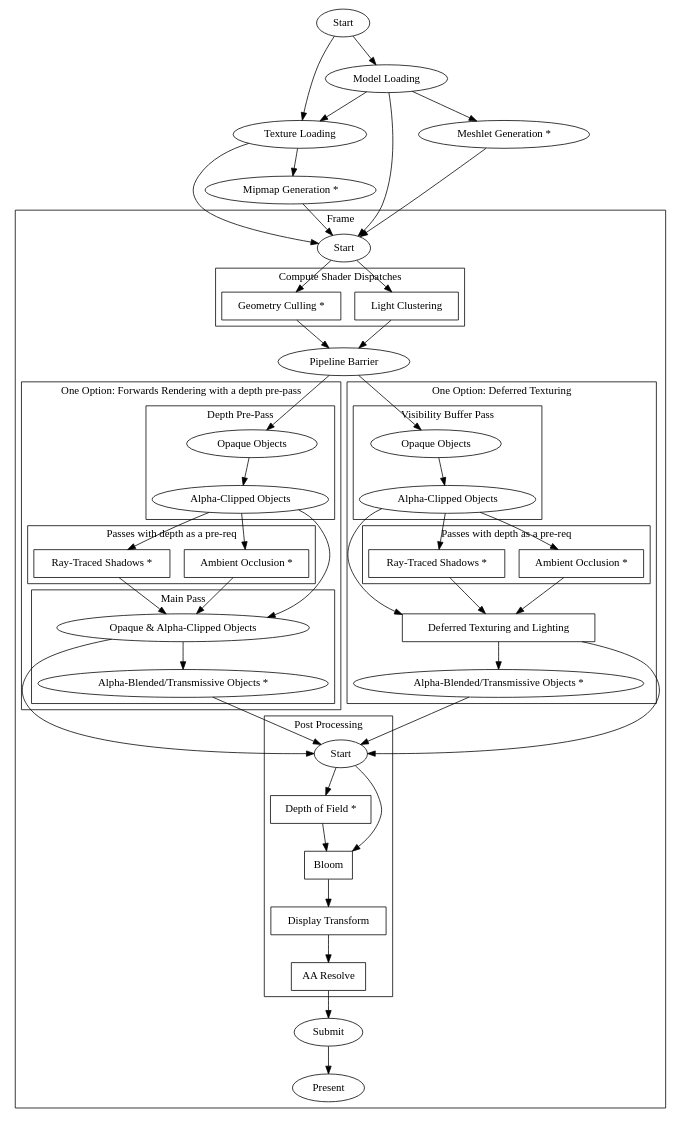
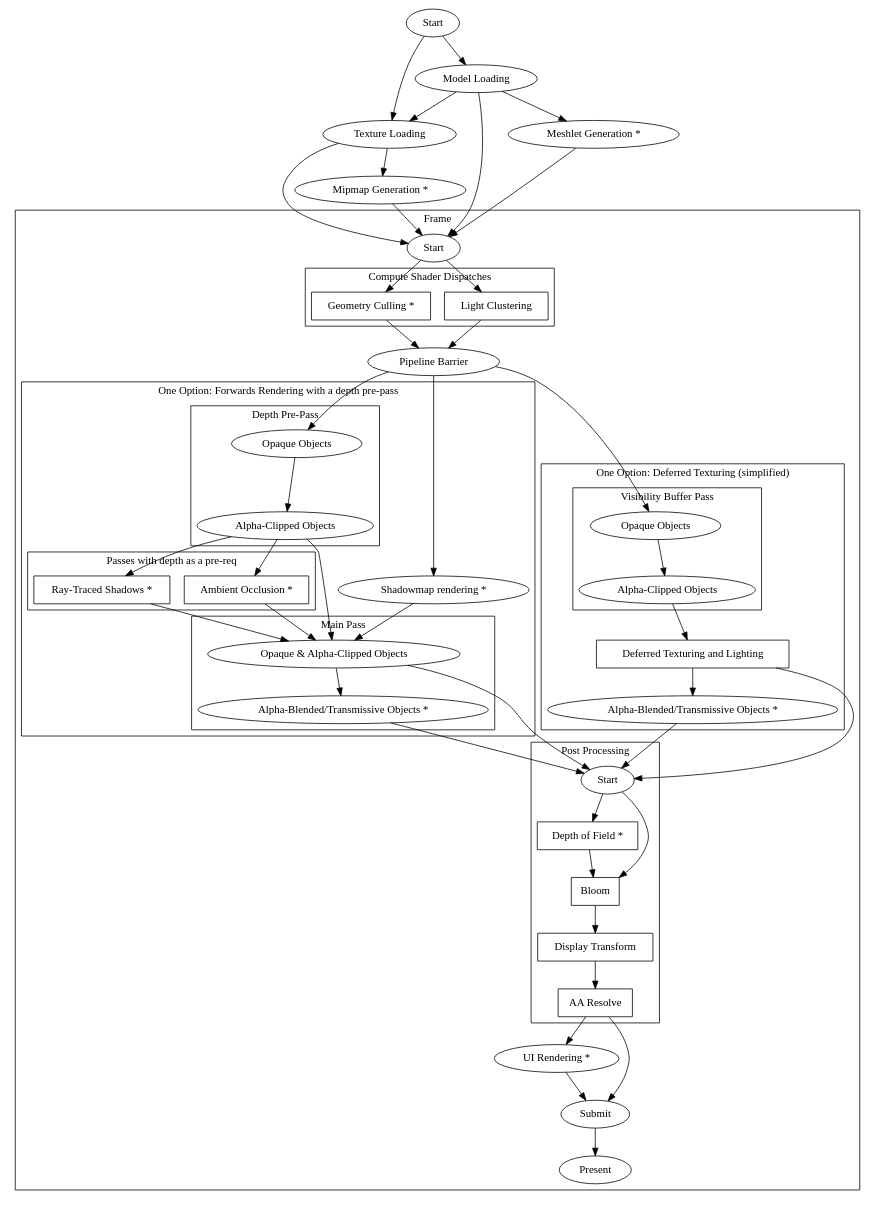
One commit to expenses/renderer-opinions changed the diagram in graph.gv. Above: the diagram before and after it, drawn with Graphviz. The commit also changed 1 other file, not shown here.

Commit message:
Updated graph, added info about tools

```diff
--- a/graph.gv
+++ b/graph.gv
@@ -1,92 +1,91 @@
 digraph {
-    node [shape=rect]; "Light Clustering"; "Geometry Culling *"; deferred_tex; "Depth of Field *"; "Bloom"; "Display Transform"; "AA Resolve"; deferred_ao; deferred_rt; forwards_ao; forwards_rt
+    node [shape=rect]; "Light Clustering"; "Geometry Culling *"; deferred_tex; "Depth of Field *"; "Bloom"; "Display Transform"; "AA Resolve"; forwards_ao; forwards_rt
     node[shape=oval]
 
 	frame_start[label = "Start"]
 
     "Start" -> "Texture Loading" -> "Mipmap Generation *" -> frame_start
     "Texture Loading" -> frame_start
 
     "Start" -> "Model Loading" -> "Meshlet Generation *" -> frame_start
     "Model Loading" -> frame_start
     "Model Loading" -> "Texture Loading"
 
 subgraph cluster_render_loop {
 	label = "Frame"
 	frame_start -> "Geometry Culling *" -> "Pipeline Barrier"
 	frame_start -> "Light Clustering" -> "Pipeline Barrier"
 
 	subgraph cluster_compute_shader_dispatches {
 		"Geometry Culling *"
 		"Light Clustering"
 		label = "Compute Shader Dispatches"
 	}
 	"Pipeline Barrier" -> depth_o
 	"Pipeline Barrier" -> vis_o
+	"Pipeline Barrier" -> forwards_shadows
 
 	subgraph cluster_deferred_texturing {
-		label =  "One Option: Deferred Texturing"
+		label =  "One Option: Deferred Texturing (simplified)"
 		subgraph cluster_visbuffer {
 			vis_o[label = "Opaque Objects"]
 			vis_ac[label = "Alpha-Clipped Objects"]
 			vis_o -> vis_ac
 			label = "Visibility Buffer Pass"
 		}
 
-		subgraph cluster_depth_only {
-			label = "Passes with depth as a pre-req"
-			deferred_ao[label = "Ambient Occlusion *"]
-			deferred_rt[label = "Ray-Traced Shadows *"]
-		}
-
 		deferred_tex[label = "Deferred Texturing and Lighting"]
 		deferred_alpha[label = "Alpha-Blended/Transmissive Objects *"]
 
-		vis_ac -> deferred_ao -> deferred_tex
-		vis_ac -> deferred_rt -> deferred_tex
 		vis_ac -> deferred_tex -> deferred_alpha
 	}
 
 	subgraph cluster_forwards_with_depth_pre_pass {
 		label = "One Option: Forwards Rendering with a depth pre-pass"
+
 	subgraph cluster_depth_pre {
 		depth_ac[label = "Alpha-Clipped Objects"]
 		depth_o[label = "Opaque Objects"]
 		depth_o -> depth_ac
 		label = "Depth Pre-Pass"
 	}
+
+	forwards_shadows[label = "Shadowmap rendering *"]
+
+	forwards_shadows -> forwards_main
 
 	subgraph cluster_depth_only {
 			label = "Passes with depth as a pre-req"
 		forwards_ao[label = "Ambient Occlusion *"]
 		forwards_rt[label = "Ray-Traced Shadows *"]
 	}
 
 	depth_ac -> forwards_main
 
 	depth_ac -> forwards_ao -> forwards_main
 	depth_ac -> forwards_rt -> forwards_main
 
 	subgraph cluster_rendering {
 		forwards_main[label="Opaque & Alpha-Clipped Objects"]
 		forwards_alpha[label="Alpha-Blended/Transmissive Objects *"]
 		forwards_main -> forwards_alpha
 		label = "Main Pass"
 	}
 }
 
 deferred_tex -> post_start
 deferred_alpha -> post_start
 forwards_main -> post_start
 forwards_alpha -> post_start
 
 subgraph cluster_post {
 	post_start[label = "Start"]
 	post_start -> "Depth of Field *" -> "Bloom" -> "Display Transform" -> "AA Resolve"
 	post_start -> "Bloom"
 	label = "Post Processing"
 }
 
+"AA Resolve" -> "UI Rendering *" -> "Submit"
 "AA Resolve" -> "Submit" -> "Present"
 }
 }
```
